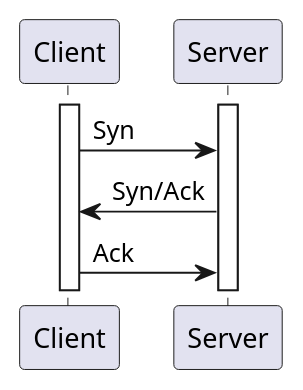
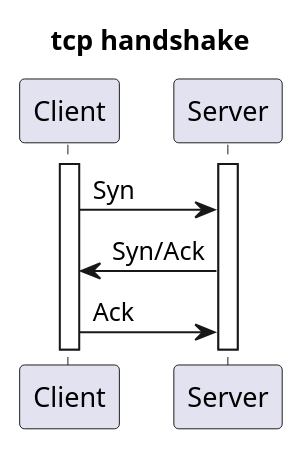
Before and after one commit to Hsouna-M/BurpSuiteFromScratch: the diagram in Docs/3wayHandShake.plantuml, drawn with PlantUML. The commit also changed 6 other files, not shown here.

```diff
--- a/Docs/3wayHandShake.plantuml
+++ b/Docs/3wayHandShake.plantuml
@@ -1,13 +1,14 @@
 @startuml
+title tcp handshake
 
 participant "Client" as B
 participant "Server" as P
 
 activate P
 activate B
 B -> P : Syn
 
 B <- P : Syn/Ack 
 B -> P : Ack 
 
 @enduml
```
